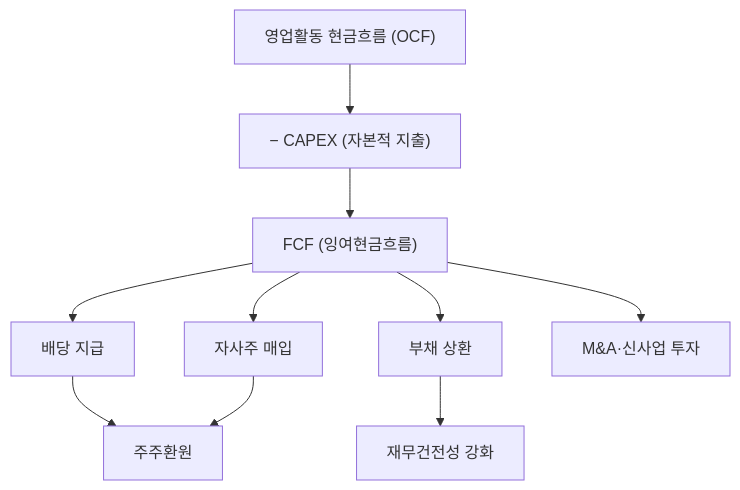
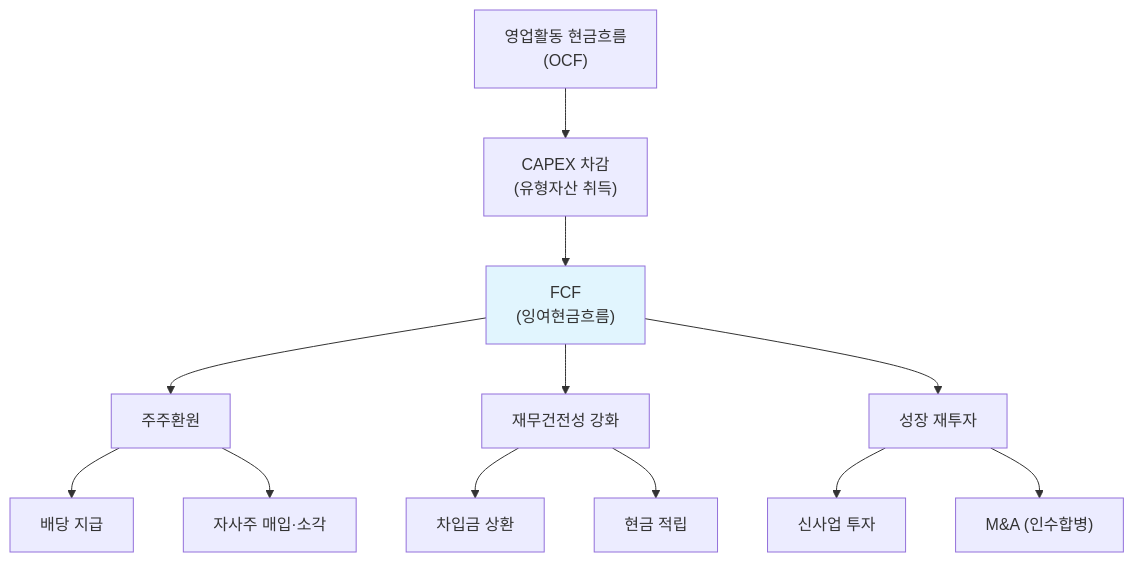
One commit to yeongseon/stock-visual-note changed the diagram in content/stock-terms/ko/level-03-financial-statements/fcf.md. Above: the diagram before and after it, drawn with Mermaid. The commit also changed other lines of this file, not shown here.

Commit message:
content: rewrite fcf.md — richer Mermaid diagram (12 nodes), 4 misconceptions, 3-year FCF trend scenario, DCF context

````diff
--- a/content/stock-terms/ko/level-03-financial-statements/fcf.md
+++ b/content/stock-terms/ko/level-03-financial-statements/fcf.md
@@ -39,13 +51,21 @@
 ```mermaid
 graph TD
-    A["영업활동 현금흐름 (OCF)"]
-    A --> B["− CAPEX (자본적 지출)"]
-    B --> C["FCF (잉여현금흐름)"]
-    C --> D["배당 지급"]
-    C --> E["자사주 매입"]
-    C --> F["부채 상환"]
-    C --> G["M&A·신사업 투자"]
-    D --> H["주주환원"]
-    E --> H
-    F --> I["재무건전성 강화"]
+    A["영업활동 현금흐름<br>(OCF)"]
+    A --> B["CAPEX 차감<br>(유형자산 취득)"]
+    B --> C["FCF<br>(잉여현금흐름)"]
+
+    C --> D["주주환원"]
+    C --> E["재무건전성 강화"]
+    C --> F["성장 재투자"]
+
+    D --> G["배당 지급"]
+    D --> H["자사주 매입·소각"]
+
+    E --> I["차입금 상환"]
+    E --> J["현금 적립"]
+
+    F --> K["신사업 투자"]
+    F --> L["M&A (인수합병)"]
+
+    style C fill:#e1f5fe
 ```
````
